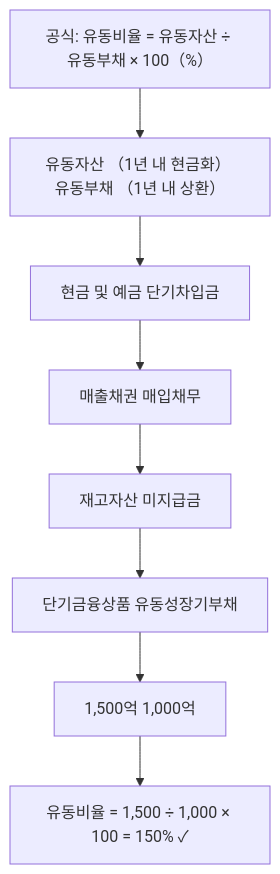
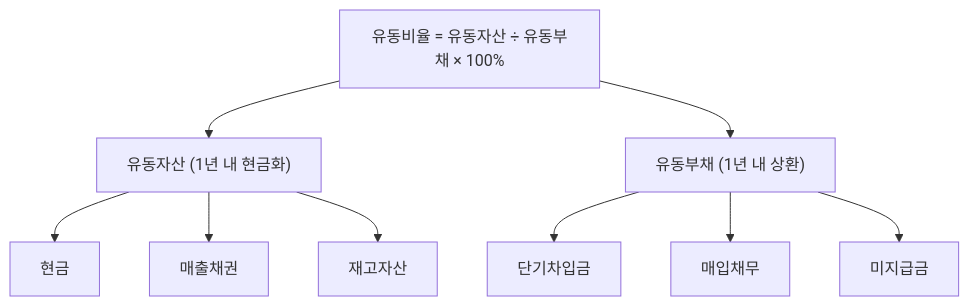
Before and after one commit to yeongseon/stock-visual-note: the diagram in content/stock-terms/ko/level-04-ratios/current-ratio.md, drawn with Mermaid. The commit also changed other lines of this file and 96 other files, not shown here.

Commit message:
Rewrite all 98 remaining articles: branching Mermaid diagrams, natural search_intent, compelling seo_titles, clean descriptions

````diff
--- a/content/stock-terms/ko/level-04-ratios/current-ratio.md
+++ b/content/stock-terms/ko/level-04-ratios/current-ratio.md
@@ -39,18 +39,12 @@
 ```mermaid
 graph TD
-    N0["공식: 유동비율 = 유동자산 ÷ 유동부채 × 100（%）"]
-    N1["유동자산 （1년 내 현금화） 유동부채 （1년 내 상환）"]
-    N2["현금 및 예금 단기차입금"]
-    N3["매출채권 매입채무"]
-    N4["재고자산 미지급금"]
-    N5["단기금융상품 유동성장기부채"]
-    N6["1,500억 1,000억"]
-    N7["유동비율 = 1,500 ÷ 1,000 × 100 = 150% ✓"]
-    N0 --> N1
-    N1 --> N2
-    N2 --> N3
-    N3 --> N4
-    N4 --> N5
-    N5 --> N6
-    N6 --> N7
+    A["유동비율 = 유동자산 ÷ 유동부채 × 100%"]
+    A --> B["유동자산 (1년 내 현금화)"]
+    A --> C["유동부채 (1년 내 상환)"]
+    B --> D["현금"]
+    B --> E["매출채권"]
+    B --> F["재고자산"]
+    C --> G["단기차입금"]
+    C --> H["매입채무"]
+    C --> I["미지급금"]
 ```
````
